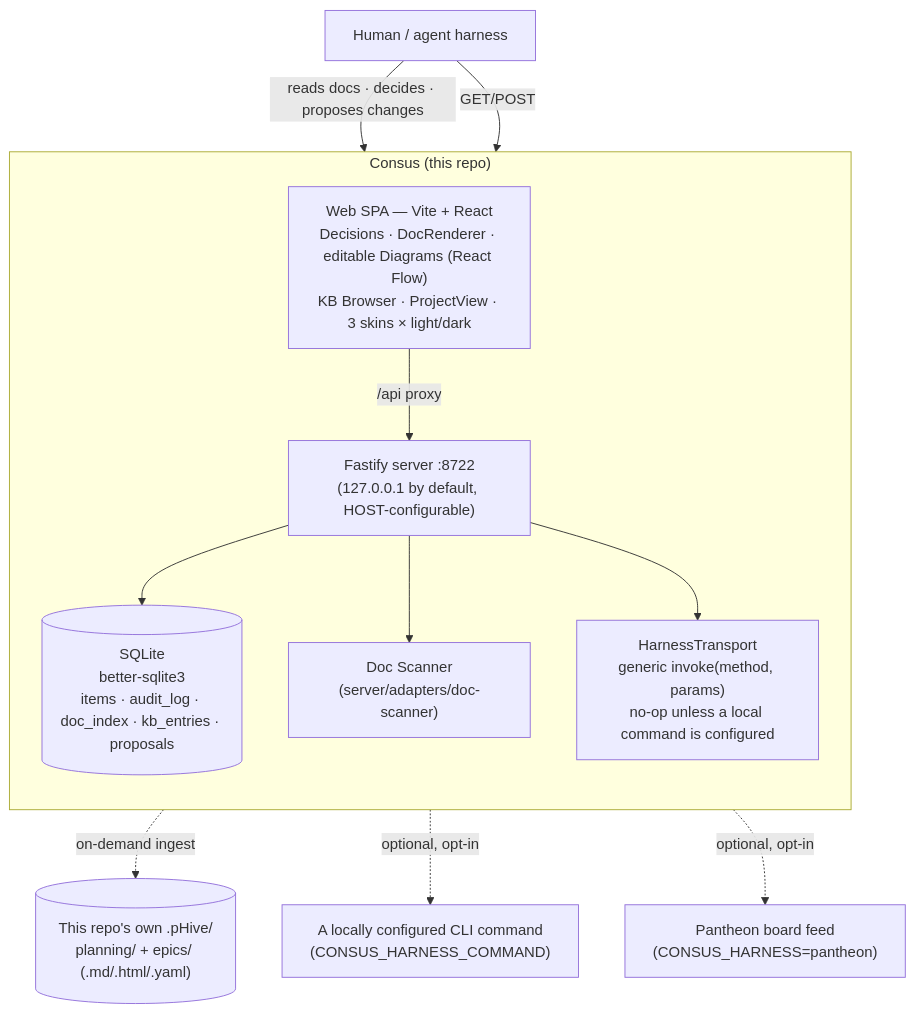
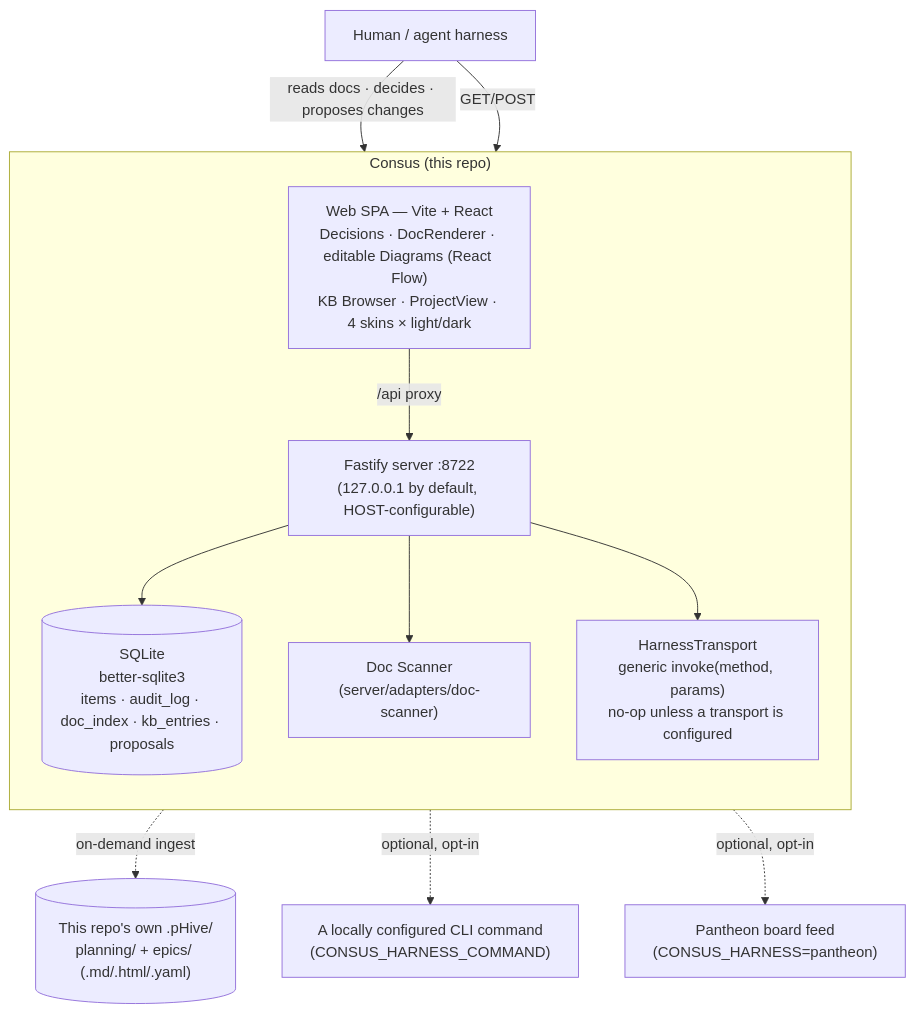
One commit to mdostal/consus changed the diagram in README.md. Above: the diagram before and after it, drawn with Mermaid. The commit also changed other lines of this file and 5 other files, not shown here.

````diff
--- a/README.md
+++ b/README.md
@@ -30,22 +30,22 @@
 ```mermaid
 flowchart TB
   subgraph Consus["Consus (this repo)"]
     direction TB
-    Web["Web SPA — Vite + React<br/>Decisions · DocRenderer · editable Diagrams (React Flow)<br/>KB Browser · ProjectView · 3 skins × light/dark"]
+    Web["Web SPA — Vite + React<br/>Decisions · DocRenderer · editable Diagrams (React Flow)<br/>KB Browser · ProjectView · 4 skins × light/dark"]
     API["Fastify server :8722<br/>(127.0.0.1 by default, HOST-configurable)"]
     DB[("SQLite<br/>better-sqlite3<br/>items · audit_log · doc_index · kb_entries · proposals")]
     Scanner["Doc Scanner<br/>(server/adapters/doc-scanner)"]
-    Harness["HarnessTransport<br/>generic invoke(method, params)<br/>no-op unless a local command is configured"]
+    Harness["HarnessTransport<br/>generic invoke(method, params)<br/>no-op unless a transport is configured"]
     Web -->|/api proxy| API
     API --> DB
     API --> Scanner
     API --> Harness
   end
 
   Scanner -.on-demand ingest.-> Repo[("This repo's own .pHive/<br/>planning/ + epics/ (.md/.html/.yaml)")]
   Harness -.optional, opt-in.-> LocalCmd["A locally configured CLI command<br/>(CONSUS_HARNESS_COMMAND)"]
   Harness -.optional, opt-in.-> PantheonFeed["Pantheon board feed<br/>(CONSUS_HARNESS=pantheon)"]
 
   Human["Human / agent harness"] -->|reads docs · decides · proposes changes| Web
   Human -->|GET/POST| API
 ```
````
